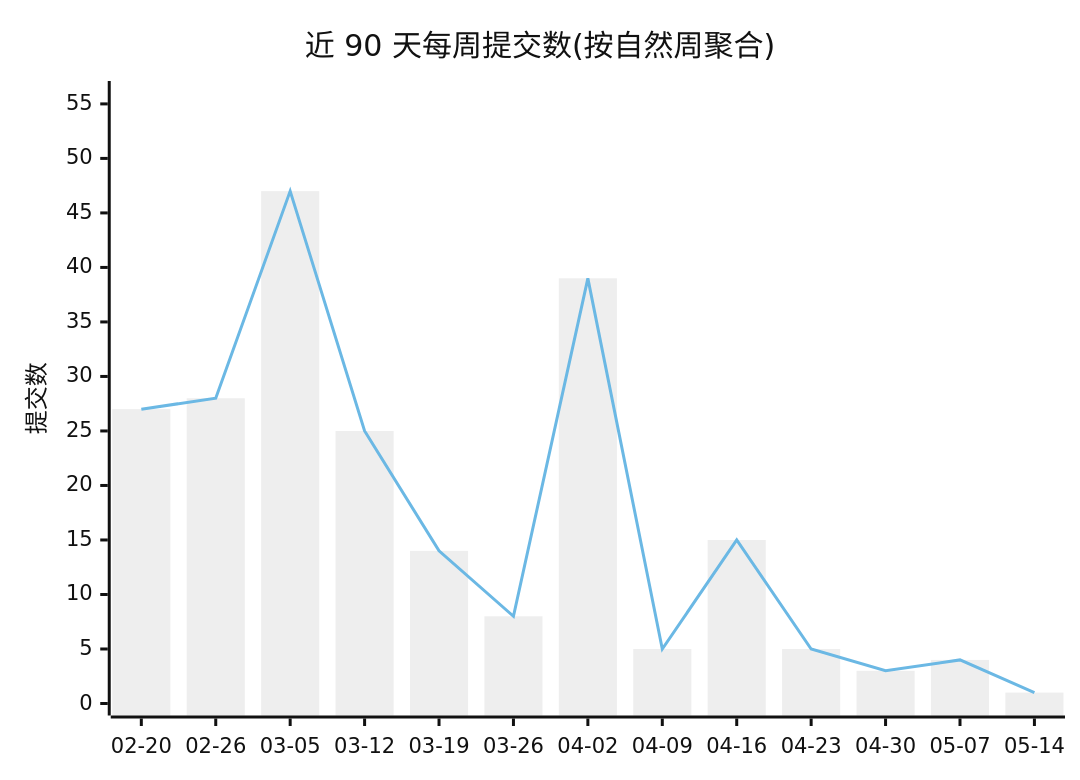
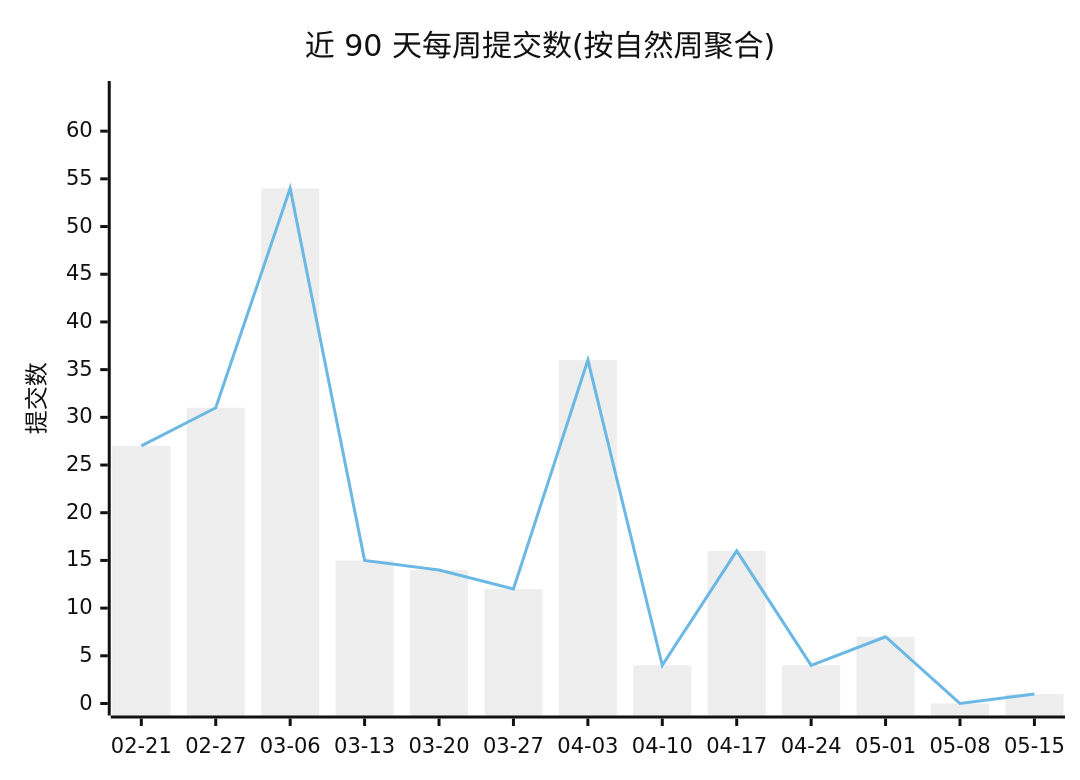
The first of 2 diagrams in profile/README.md (Conflux-Union/.github), drawn with Mermaid (neutral theme) before and after one commit. The commit also changed other lines of this file and 1 other file, not shown here.

Commit message:
chore(stats): refresh org commit stats

````diff
--- a/profile/README.md
+++ b/profile/README.md
@@ -44,8 +44,8 @@
 ```mermaid
 xychart-beta
     title "近 90 天每周提交数(按自然周聚合)"
-    x-axis ["02-20", "02-26", "03-05", "03-12", "03-19", "03-26", "04-02", "04-09", "04-16", "04-23", "04-30", "05-07", "05-14"]
-    y-axis "提交数" 0 --> 56
-    bar [27, 28, 47, 25, 14, 8, 39, 5, 15, 5, 3, 4, 1]
-    line [27, 28, 47, 25, 14, 8, 39, 5, 15, 5, 3, 4, 1]
+    x-axis ["02-21", "02-27", "03-06", "03-13", "03-20", "03-27", "04-03", "04-10", "04-17", "04-24", "05-01", "05-08", "05-15"]
+    y-axis "提交数" 0 --> 64
+    bar [27, 31, 54, 15, 14, 12, 36, 4, 16, 4, 7, 0, 1]
+    line [27, 31, 54, 15, 14, 12, 36, 4, 16, 4, 7, 0, 1]
 ```
````
